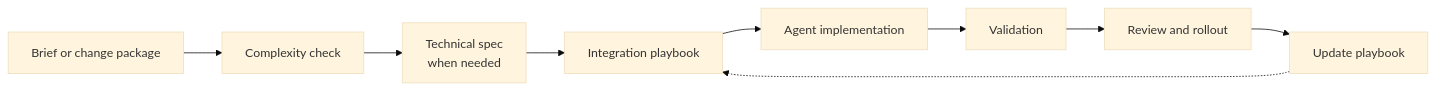
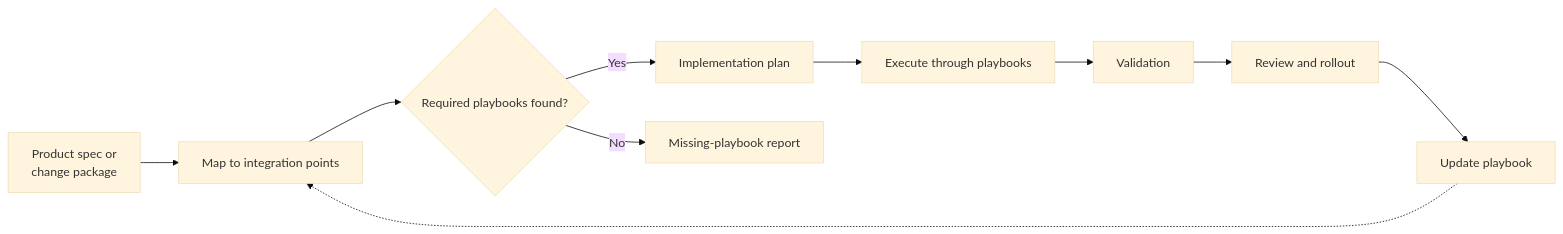
One commit to MoranM/code-left changed the second of 2 diagrams in README.md. Above: the diagram before and after it, drawn with Mermaid (base theme). The commit also changed other lines of this file and 16 other files, not shown here.

Commit message:
Clarified that a change package is the agent-facing wrapper around product intent, and that agents should stop when required integration playbooks are missing.

````diff
--- a/README.md
+++ b/README.md
@@ -62,14 +63,17 @@
 ```mermaid
 flowchart LR
-    Brief["Brief or change package"]
-    Complexity["Complexity check"]
-    Spec["Technical spec<br/>when needed"]
-    Playbook["Integration playbook"]
-    Implementation["Agent implementation"]
+    Spec["Product spec or<br/>change package"]
+    Mapping["Map to integration points"]
+    Decision{"Required playbooks found?"}
+    Plan["Implementation plan"]
+    Missing["Missing-playbook report"]
+    Implementation["Execute through playbooks"]
     Validation["Validation"]
     Review["Review and rollout"]
     Learning["Update playbook"]
 
-    Brief --> Complexity --> Spec --> Playbook --> Implementation --> Validation --> Review --> Learning
-    Learning -.-> Playbook
+    Spec --> Mapping --> Decision
+    Decision -->|Yes| Plan --> Implementation --> Validation --> Review --> Learning
+    Decision -->|No| Missing
+    Learning -.-> Mapping
 ```
````
